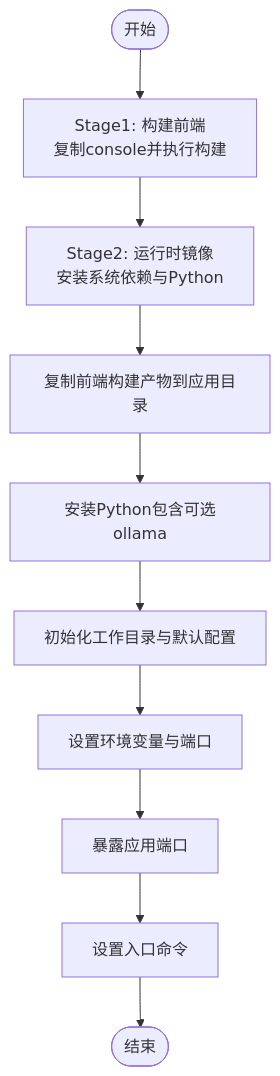
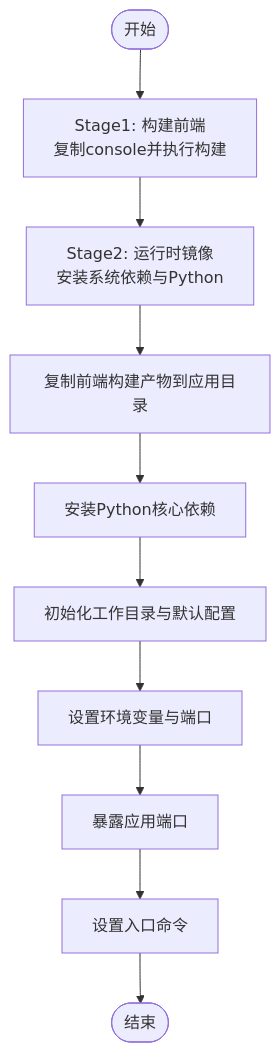
One commit to livehl/CoPaw changed the third of 7 diagrams in .qoder/repowiki/zh/content/部署与运维/Docker容器化部署.md. Above: the diagram before and after it, drawn with Mermaid. The commit also changed other lines of this file and 12 other files, not shown here.

````diff
--- a/.qoder/repowiki/zh/content/部署与运维/Docker容器化部署.md
+++ b/.qoder/repowiki/zh/content/部署与运维/Docker容器化部署.md
@@ -123,12 +129,12 @@
 ```mermaid
 flowchart TD
 Start(["开始"]) --> Stage1["Stage1: 构建前端<br/>复制console并执行构建"]
 Stage1 --> Stage2["Stage2: 运行时镜像<br/>安装系统依赖与Python"]
 Stage2 --> CopyConsole["复制前端构建产物到应用目录"]
-CopyConsole --> PipInstall["安装Python包含可选ollama"]
+CopyConsole --> PipInstall["安装Python核心依赖"]
 PipInstall --> Init["初始化工作目录与默认配置"]
 Init --> Env["设置环境变量与端口"]
 Env --> Expose["暴露应用端口"]
 Expose --> Cmd["设置入口命令"]
 Cmd --> End(["结束"])
 ```
````
